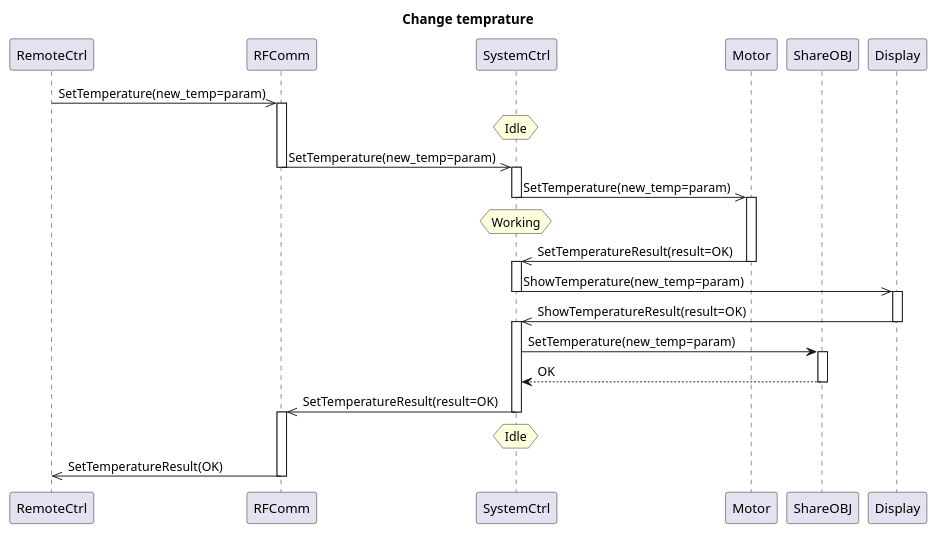
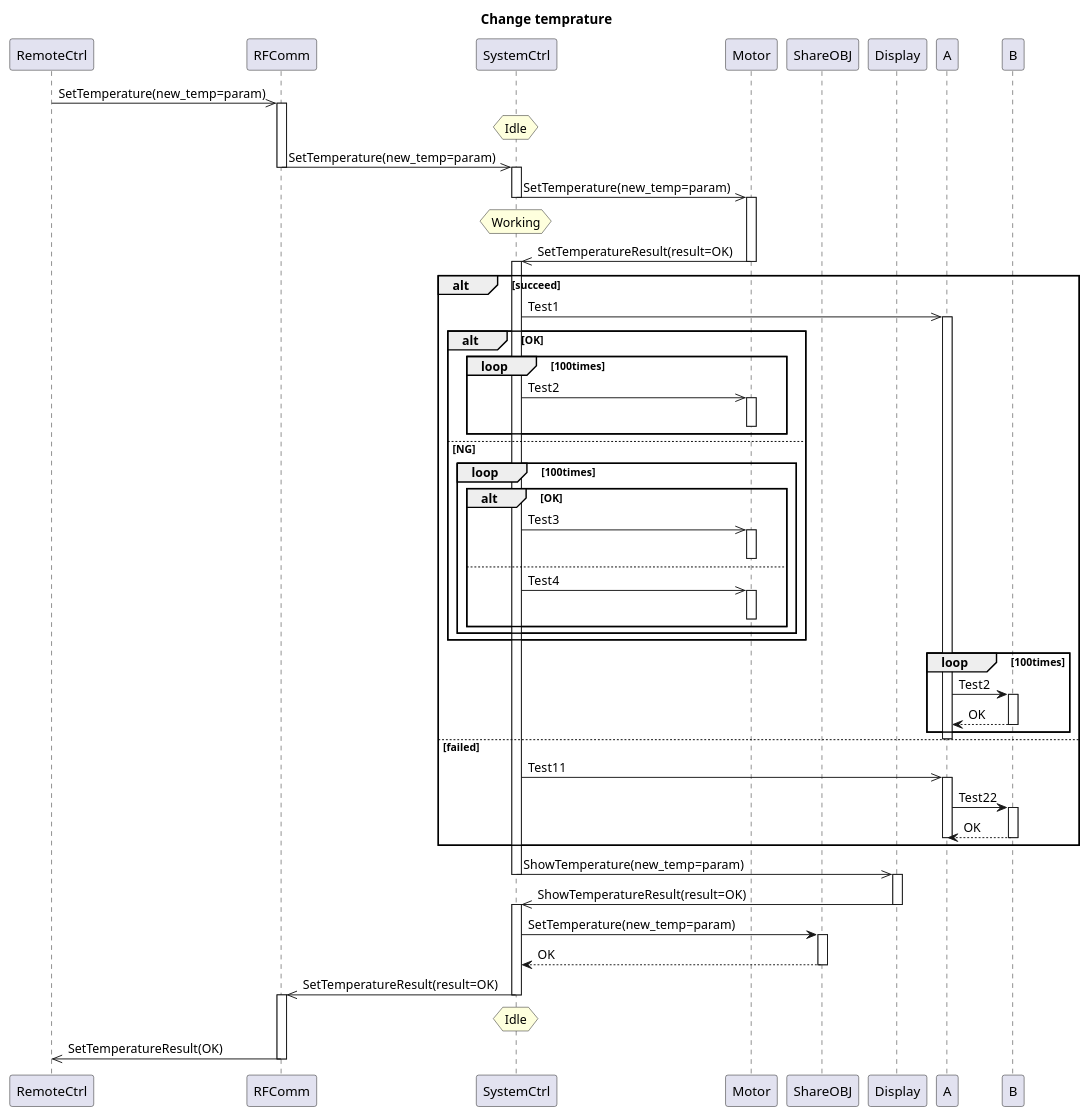
The diagram in SourceCodeGeneration/InputForSTMSourceGen/ArchDesign/ChangeTemprature.wsd (EvenTang/lywMDDToolChain), drawn with PlantUML before and after one commit. The commit also changed 21 other files, not shown here.

```diff
--- a/SourceCodeGeneration/InputForSTMSourceGen/ArchDesign/ChangeTemprature.wsd
+++ b/SourceCodeGeneration/InputForSTMSourceGen/ArchDesign/ChangeTemprature.wsd
@@ -1,46 +1,88 @@
 @startuml change_temparature
 
 title Change temprature
 
 participant RemoteCtrl
 participant RFComm
 participant SystemCtrl
 participant Motor
 participant ShareOBJ
 participant Display
 
 RemoteCtrl->>RFComm:SetTemperature(new_temp=param)
 activate RFComm
-hnote over SystemCtrl: Idle 
+hnote over SystemCtrl: Idle
 
 RFComm->>SystemCtrl:SetTemperature(new_temp=param)
 deactivate RFComm
 activate SystemCtrl
 SystemCtrl->>Motor:SetTemperature(new_temp=param)
 deactivate SystemCtrl
 activate Motor
 
 hnote over SystemCtrl: Working
 Motor->>SystemCtrl:SetTemperatureResult(result=OK)
 deactivate Motor
 activate SystemCtrl
+alt succeed
+SystemCtrl->>A:Test1
+activate A
+
+alt OK
+loop 100times
+SystemCtrl->>Motor:Test2
+activate Motor
+deactivate Motor
+end
+
+else NG
+loop 100times
+alt OK
+SystemCtrl->>Motor:Test3
+activate Motor
+deactivate Motor
+else
+SystemCtrl->>Motor:Test4
+activate Motor
+deactivate Motor
+end
+end
+end /'add by shiweiz end'/
+
+
+loop 100times
+A->B:Test2
+activate B
+B-->A:OK
+deactivate B
+end
+deactivate A
+else failed
+SystemCtrl->>A:Test11
+activate A
+A->B:Test22
+activate B
+B-->A:OK
+deactivate B
+deactivate A
+end
 SystemCtrl->>Display:ShowTemperature(new_temp=param)
 deactivate SystemCtrl
 activate Display
 
 Display->>SystemCtrl:ShowTemperatureResult(result=OK)
 deactivate Display
 activate SystemCtrl
 SystemCtrl->ShareOBJ:SetTemperature(new_temp=param)
 activate ShareOBJ
 ShareOBJ-->SystemCtrl:OK
 deactivate ShareOBJ
 
 SystemCtrl->>RFComm:SetTemperatureResult(result=OK)
 deactivate SystemCtrl
 hnote over SystemCtrl: Idle 
 activate RFComm
 RFComm->>RemoteCtrl : SetTemperatureResult(OK)
 deactivate RFComm
 
 @enduml
```
